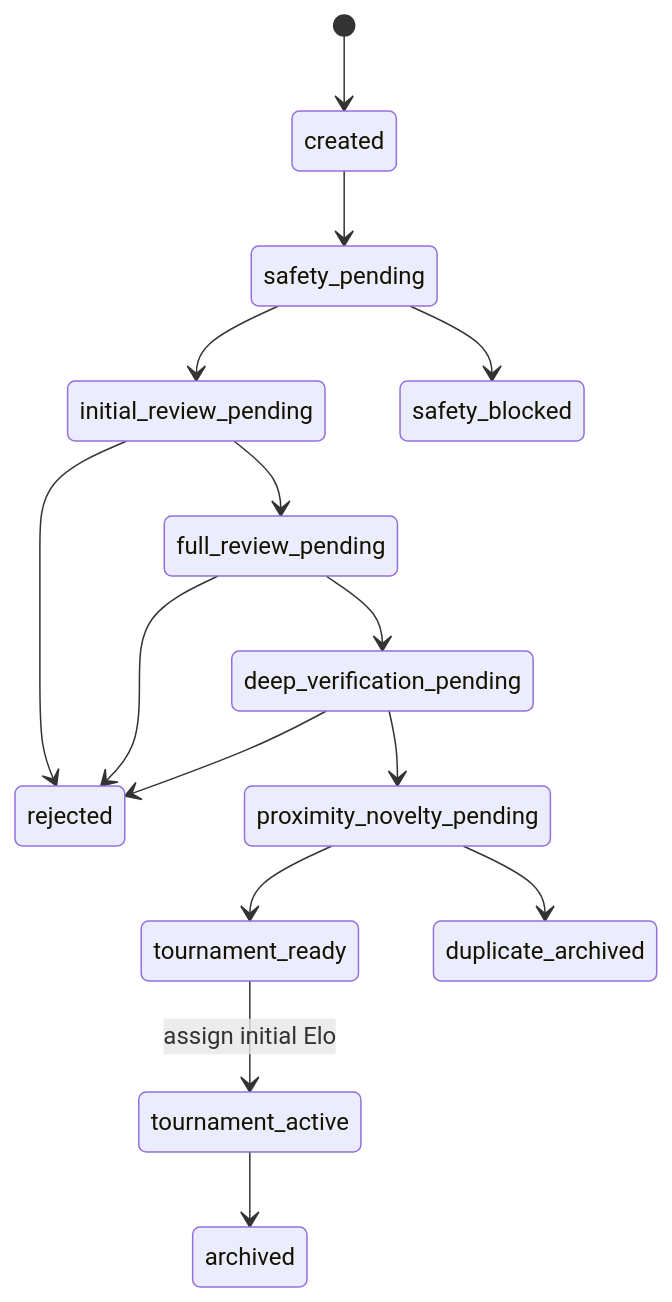
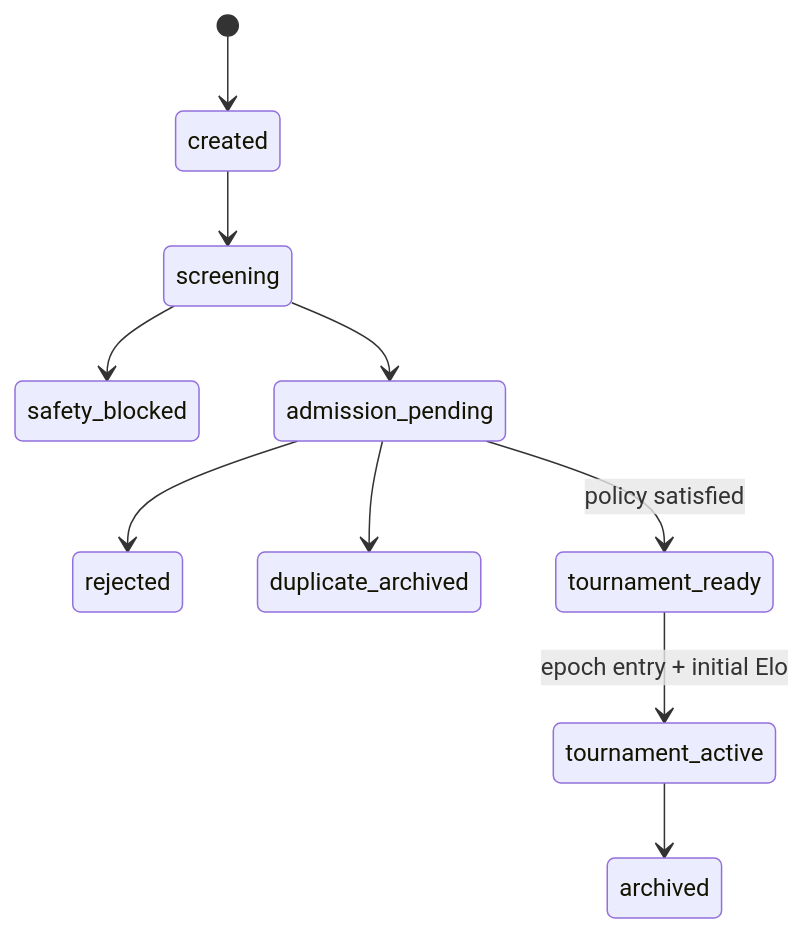
The fifth of 5 diagrams in docs/superpowers/specs/2026-07-30-co-scientist-replica-design.md (syrsteven/co-scientist), drawn with Mermaid before and after one commit. The commit also changed other lines of this file, not shown here.

````diff
--- a/docs/superpowers/specs/2026-07-30-co-scientist-replica-design.md
+++ b/docs/superpowers/specs/2026-07-30-co-scientist-replica-design.md
@@ -830,17 +966,12 @@
 ```mermaid
 stateDiagram-v2
     [*] --> created
-    created --> safety_pending
-    safety_pending --> initial_review_pending
-    safety_pending --> safety_blocked
-    initial_review_pending --> full_review_pending
-    initial_review_pending --> rejected
-    full_review_pending --> deep_verification_pending
-    full_review_pending --> rejected
-    deep_verification_pending --> proximity_novelty_pending
-    deep_verification_pending --> rejected
-    proximity_novelty_pending --> tournament_ready
-    proximity_novelty_pending --> duplicate_archived
-    tournament_ready --> tournament_active: assign initial Elo
+    created --> screening
+    screening --> safety_blocked
+    screening --> admission_pending
+    admission_pending --> rejected
+    admission_pending --> duplicate_archived
+    admission_pending --> tournament_ready: policy satisfied
+    tournament_ready --> tournament_active: epoch entry + initial Elo
     tournament_active --> archived
 ```
````
